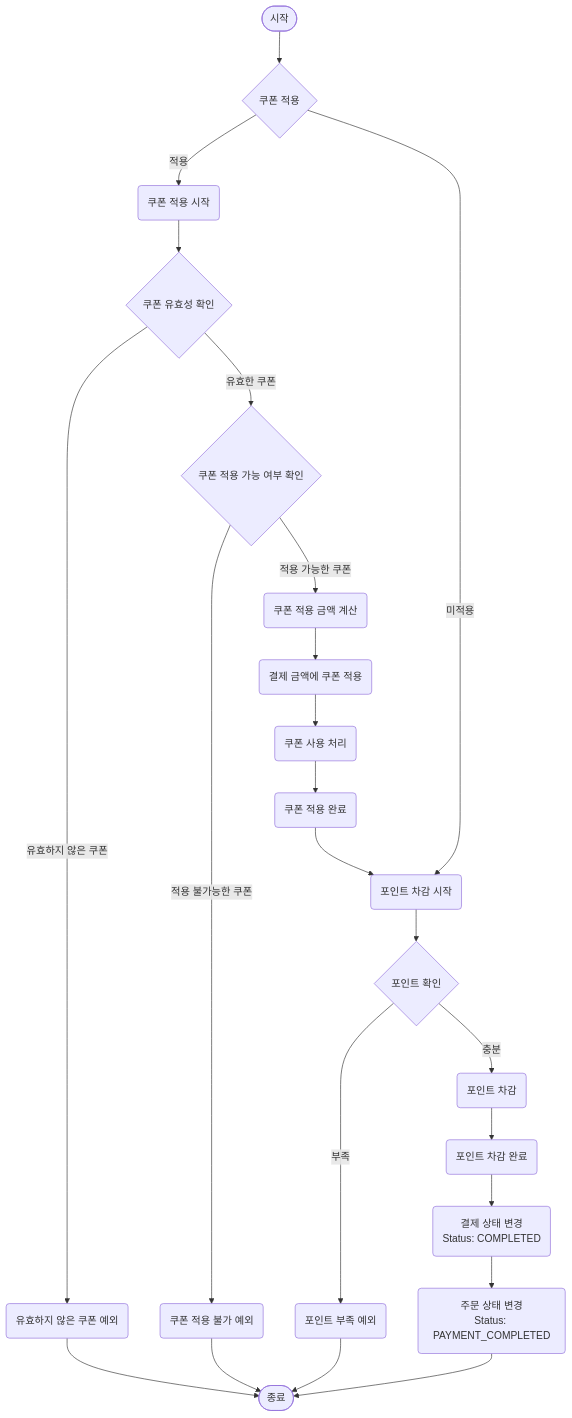
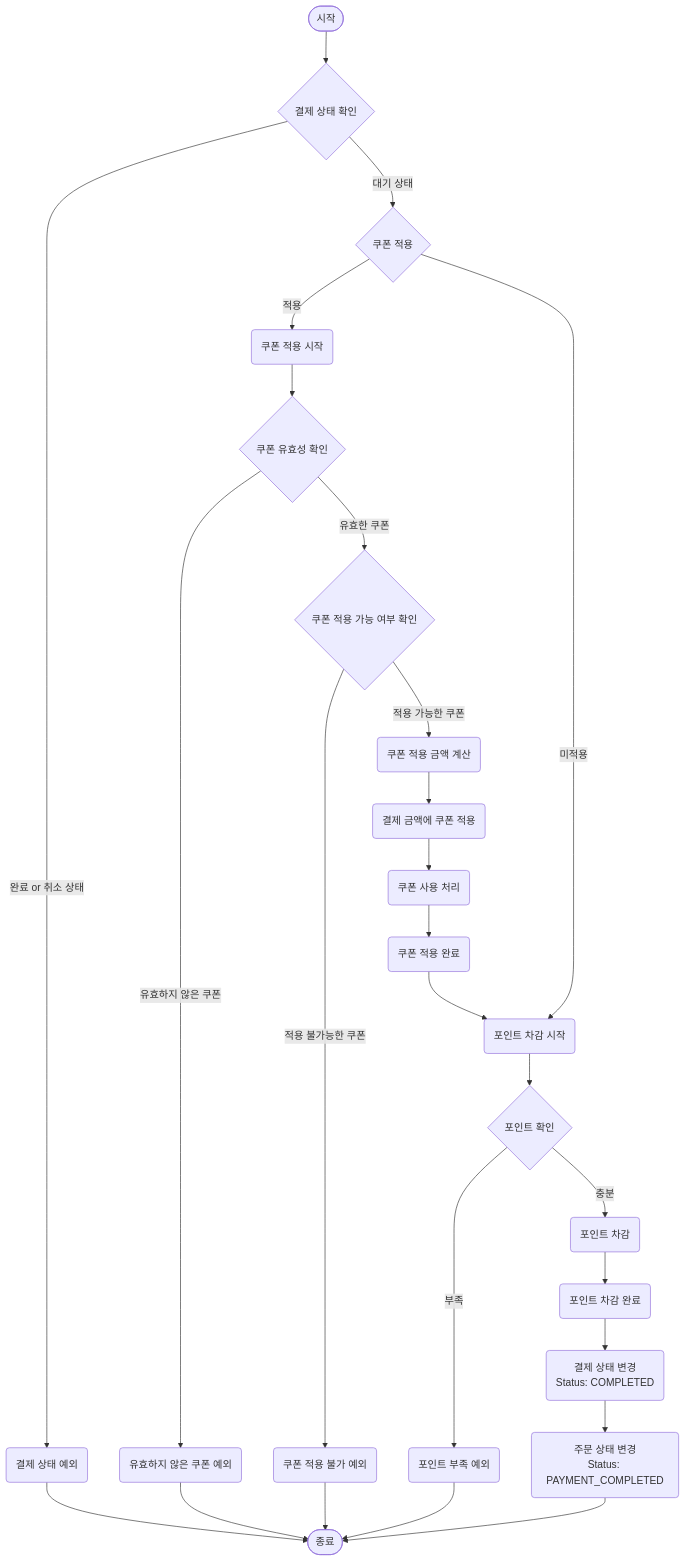
One commit to delee-dev/hhplus-e-commerce changed the third of 4 diagrams in docs/2. 다이어그램/2-4. 주문 및 결제.md. Above: the diagram before and after it, drawn with Mermaid. The commit also changed other lines of this file, not shown here.

Commit message:
docs: 주문 및 결제 API 다이어그램 수정

````diff
--- a/docs/2. 다이어그램/2-4. 주문 및 결제.md
+++ b/docs/2. 다이어그램/2-4. 주문 및 결제.md
@@ -76,26 +78,30 @@
 ```mermaid
 flowchart TD
     EndNode([종료])
-    StartNode([시작]) -->  ApplyCoupon{쿠폰 적용}
+    StartNode([시작]) --> p1{결제 상태 확인}
+    p1 -->|대기 상태| ApplyCoupon
+    p1 -->|완료 or 취소 상태| pe1(결제 상태 예외) --> EndNode
+    ApplyCoupon{쿠폰 적용}
     ApplyCoupon -->|적용| StartApplyCoupon(쿠폰 적용 시작)
     StartApplyCoupon --> ac1{쿠폰 유효성 확인}
     ac1 -->|유효한 쿠폰| ac2{쿠폰 적용 가능 여부 확인}
     ac1 -->|유효하지 않은 쿠폰| InvalidCouponException(유효하지 않은 쿠폰 예외)
     InvalidCouponException --> EndNode
     ac2 -->|적용 가능한 쿠폰| ac3(쿠폰 적용 금액 계산)
     ac3 --> ac4(결제 금액에 쿠폰 적용)
     ac4 --> ac5(쿠폰 사용 처리)
     ac5 --> EndApplyCoupon(쿠폰 적용 완료)
     ac2 -->|적용 불가능한 쿠폰| CouponNotApplicableException(쿠폰 적용 불가 예외)
     CouponNotApplicableException --> EndNode
     EndApplyCoupon --> StartDeductPoint(포인트 차감 시작)
     ApplyCoupon -->|미적용| StartDeductPoint
     StartDeductPoint --> dp1{포인트 확인}
     dp1 -->|충분| dp2(포인트 차감)
     dp2 --> EndDeductPoint(포인트 차감 완료)
     dp1 -->|부족| InsufficientPointException(포인트 부족 예외)
     InsufficientPointException --> EndNode
     EndDeductPoint --> CompletedPayment(결제 상태 변경<br/>Status: COMPLETED)
     CompletedPayment --> ChangeOrderStatus(주문 상태 변경<br/>Status: PAYMENT_COMPLETED)
     ChangeOrderStatus --> EndNode
+  
 ```
````
